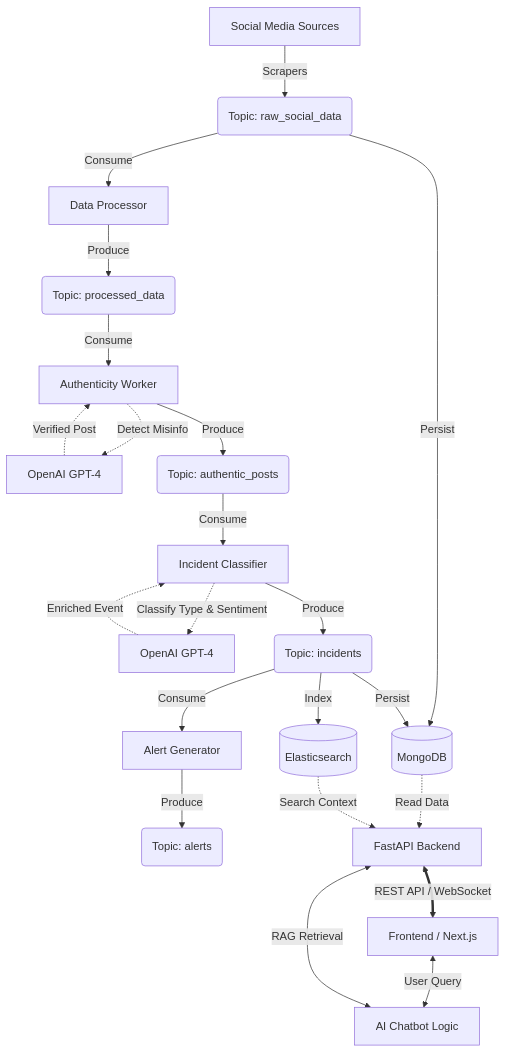
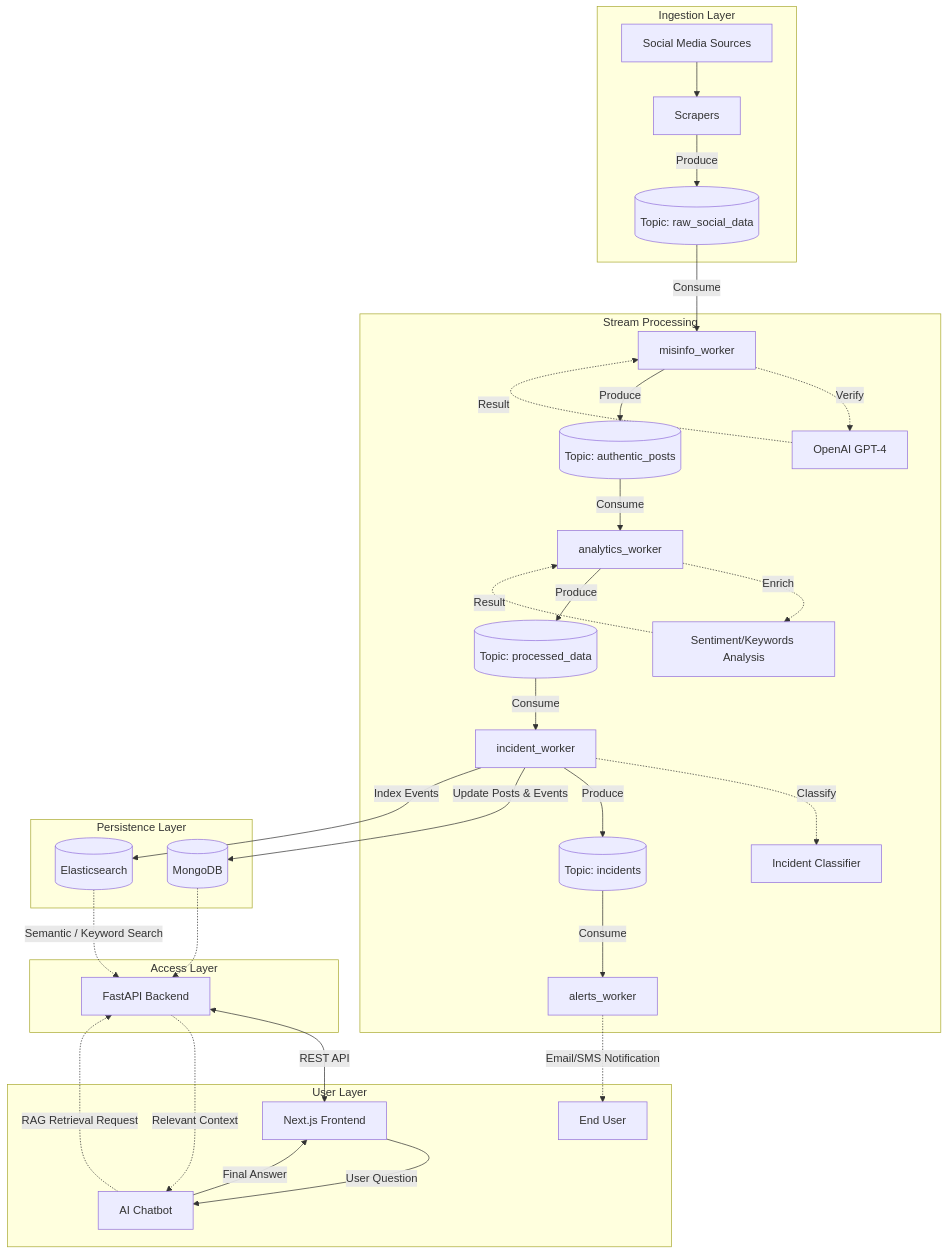
The diagram in README.md (rachelfong0320/DisasterLens), drawn with Mermaid before and after one commit.

Commit message:
Revise architecture diagram with detailed processing steps
Updated architecture diagram in README to include detailed steps for ingestion, stream processing, persistence, and access layers.

````diff
--- a/README.md
+++ b/README.md
@@ -57,35 +57,81 @@
 ```mermaid
 graph TD
-    %% 1. Ingestion Layer
-    Sources[Social Media Sources] -->|Scrapers| T1(Topic: raw_social_data)
 
-    %% 2. Stream Processing Pipeline (The AI Workers)
-    T1 -->|Consume| P1[Data Processor]
-    P1 -->|Produce| T2(Topic: processed_data)
+%% =========================
+%% 1. INGESTION
+%% =========================
+subgraph Ingestion Layer
+    Sources[Social Media Sources]
+    Scrapers[Scrapers]
+    T1[(Topic: raw_social_data)]
 
-    T2 -->|Consume| P2[Authenticity Worker]
-    P2 -.->|Detect Misinfo| AI2[OpenAI GPT-4]
-    AI2 -.->|Verified Post| P2
-    P2 -->|Produce| T3(Topic: authentic_posts)
+    Sources --> Scrapers -->|Produce| T1
+end
 
-    T3 -->|Consume| P3[Incident Classifier]
-    P3 -.->|Classify Type & Sentiment| AI3[OpenAI GPT-4]
-    AI3 -.->|Enriched Event| P3
-    P3 -->|Produce| T4(Topic: incidents)
+%% =========================
+%% 2. STREAM PROCESSING
+%% =========================
+subgraph Stream Processing
 
-    T4 -->|Consume| P4[Alert Generator]
-    P4 -->|Produce| T5(Topic: alerts)
+    %% Step 1: Misinfo Filter
+    T1 -->|Consume| W1[misinfo_worker]
+    W1 -.->|Verify| AI1[OpenAI GPT-4]
+    AI1 -.->|Result| W1
+    W1 -->|Produce| T2[(Topic: authentic_posts)]
 
-    %% 3. Persistence Layer (Workers Write Here)
-    T1 & T4  -->|Persist| DB[(MongoDB)]
-    T4  -->|Index| ES[(Elasticsearch)]
+    %% Step 2: Analytics Enrichment (Linear Chain)
+    T2 -->|Consume| W4[analytics_worker]
+    W4 -.->|Enrich| AI3[Sentiment/Keywords Analysis]
+    AI3 -.->|Result| W4
+    W4 -->|Produce| T_INT[(Topic: processed_data)]
 
-    %% 4. Access Layer (FastAPI) - THIS IS THE NEW PART
-    DB -.->|Read Data| API[FastAPI Backend]
-    ES -.->|Search Context| API
-    
-    %% 5. Frontend & Chatbot
-    API <==>|REST API / WebSocket| FE[Frontend / Next.js]
-    FE <-->|User Query| Chat[AI Chatbot Logic]
-    Chat <-->|RAG Retrieval| API
+    %% Step 3: Incident Classification & Geo
+    T_INT -->|Consume| W2[incident_worker]
+    W2 -.->|Classify| AI2[Incident Classifier]
+    W2 -->|Produce| T3[(Topic: incidents)]
+
+    %% Step 4: Alerting
+    T3 -->|Consume| W3[alerts_worker]
+end
+
+%% =========================
+%% 3. PERSISTENCE
+%% =========================
+subgraph Persistence Layer
+    DB[(MongoDB)]
+    ES[(Elasticsearch)]
+end
+
+%% Incident worker saves the final enriched state to DB
+W2 -->|Update Posts & Events| DB
+W2 -->|Index Events| ES
+
+%% =========================
+%% 4. ACCESS + RAG RETRIEVAL
+%% =========================
+subgraph Access Layer
+    API[FastAPI Backend]
+end
+
+DB -.-> API
+ES -.->|Semantic / Keyword Search| API
+
+%% =========================
+%% 5. FRONTEND & CHAT
+%% =========================
+subgraph User Layer
+    FE[Next.js Frontend]
+    Chat[AI Chatbot]
+    User[End User]
+end
+
+API <--> |REST API| FE
+
+FE -->|User Question| Chat
+Chat -.->|RAG Retrieval Request| API
+API -.->|Relevant Context| Chat
+Chat -->|Final Answer| FE
+
+%% Alert worker notifies user/system directly (not via Kafka topic)
+W3 -.->|Email/SMS Notification| User
 ```
````
